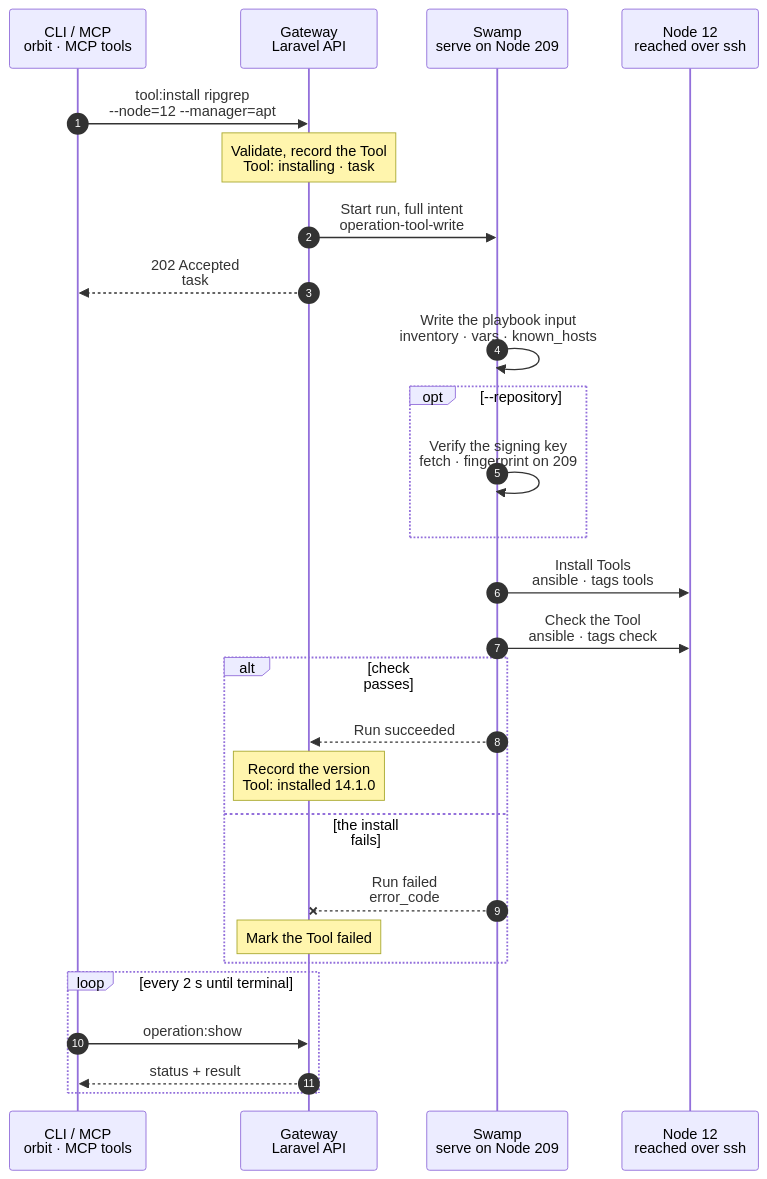
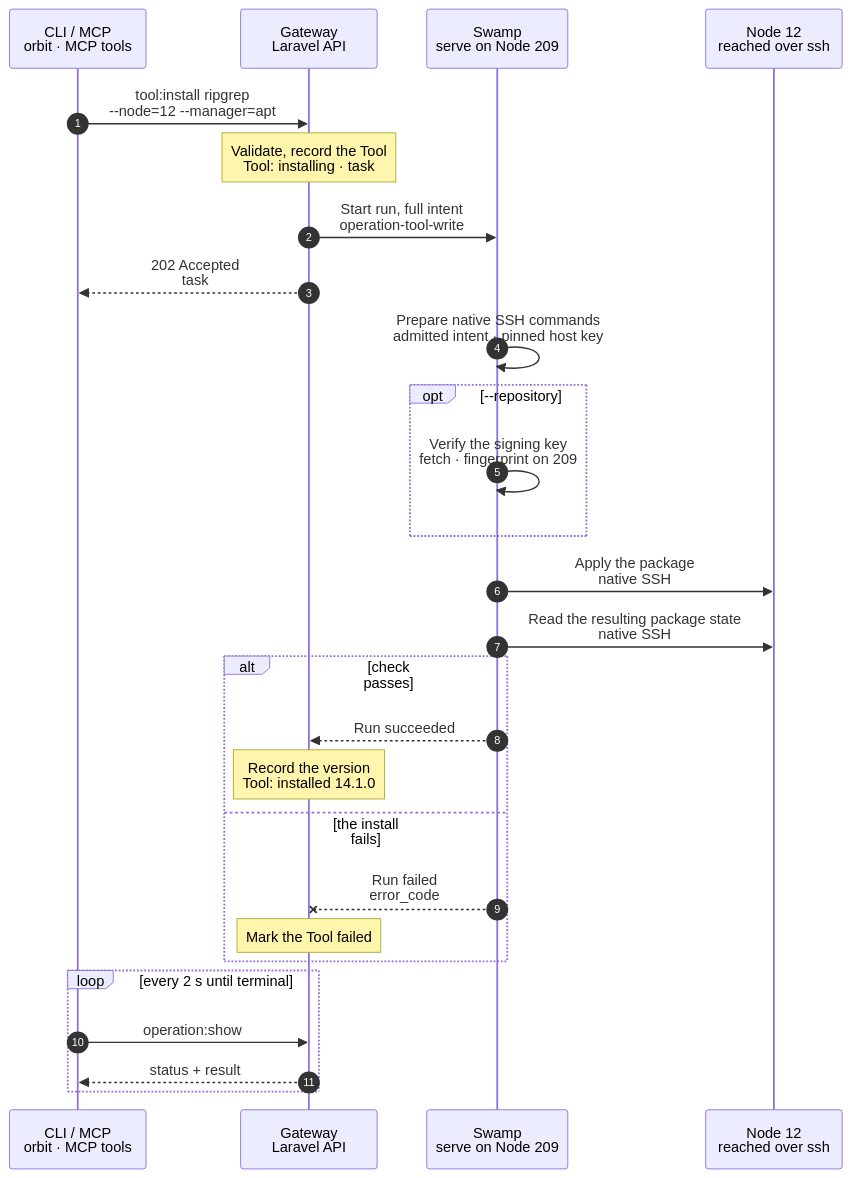
The diagram in docs/cli/tool/install.mmd (hardimpactdev/orbit), drawn with Mermaid before and after one commit. The commit also changed 58 other files, not shown here.

Commit message:
Repair Tool convergence, Doctor, and protected Conn membership

```diff
--- a/docs/cli/tool/install.mmd
+++ b/docs/cli/tool/install.mmd
@@ -1,52 +1,53 @@
 sequenceDiagram
   %% docs/reference/tools.md#install-and-update-a-tool
   %% status: draft
   %% command: tool:install
   %% kind: tool.install
   %% Pinned Debian downloads use native SSH curl exit codes for transport-only fallback, then verify the pin before publication.
   autonumber
   %% lane CLI icon=terminal pill=caller tone=gray
   %% lane GW icon=gateway pill=intent tone=blue
   %% lane SW icon=workflow pill=executes tone=green
   %% lane N icon=server pill=target tone=amber
   participant CLI as CLI / MCP<br/>orbit · MCP tools
   participant GW as Gateway<br/>Laravel API
   participant SW as Swamp<br/>serve on Node 209
   participant N as Node 12<br/>reached over ssh
   CLI->>GW: tool:install ripgrep<br/>--node=12 --manager=apt
   %%> Command:
   %%> - `orbit tool:install ripgrep --node=12 --manager=apt`
   %%> - syntax: `[package] --node=ID [--manager=MANAGER] [--tool-version=VERSION] [--constraint=CONSTRAINT] [--repository=JSON] [--idempotency-key=KEY] [--json]`
   Note over GW: Validate, record the Tool<br/>Tool: installing · task #5133
   %%> Requirements:
   %%> - your Node has an access grant to Node 12; the manager runs on its platform
   %%> - the package is not a recipe package of Node 12's roles
   %%> - file mode requires a catalog entry and refuses overrides; database mode accepts an exact desired version
+  %%> - `conn-server` on a configured host records membership and the desired release without a Swamp run; an explicit rollout applies it
   GW->>SW: Start run, full intent<br/>operation-tool-write
   GW-->>CLI: 202 Accepted<br/>task #5133
-  SW->>SW: Write the playbook input<br/>inventory · vars · known_hosts
+  SW->>SW: Prepare native SSH commands<br/>admitted intent · pinned host key
   opt --repository
     SW->>SW: Verify the signing key<br/>fetch · fingerprint on 209
     %%> Why on 209:
     %%> - a wrong key stops the run before Node 12 is touched
   end
-  SW->>N: Install Tools<br/>ansible · tags tools
-  %%> Why the converge phase:
-  %%> - one way to install a Tool, shared with `node:converge` and the rollout
-  %%> - limited to this Tool, so other Tools do not move
+  SW->>N: Apply the package<br/>native SSH
+  %%> Scope:
+  %%> - direct writes share admission and candidate policy with convergence, but use the native SSH workflow, not an Ansible phase
+  %%> - only this Tool can change
   %%> Version:
   %%> - select the exact admitted version, or the manager's candidate for an unpinned database Tool; check the constraint before writing
-  SW->>N: Check the Tool<br/>ansible · tags check
+  SW->>N: Read the resulting package state<br/>native SSH
   alt check passes
     SW-->>GW: Run succeeded
     Note over GW: Record the version<br/>Tool: installed 14.1.0
   else the install fails
     SW--xGW: Run failed<br/>error_code
     %%> On failure:
     %%> - a Tool that needs another version of a held recipe package fails with `tool.recipe_conflict`; role software stays as tested
     Note over GW: Mark the Tool failed
   end
   loop every 2 s until terminal
     CLI->>GW: operation:show #5133
     GW-->>CLI: status + result
   end
```
